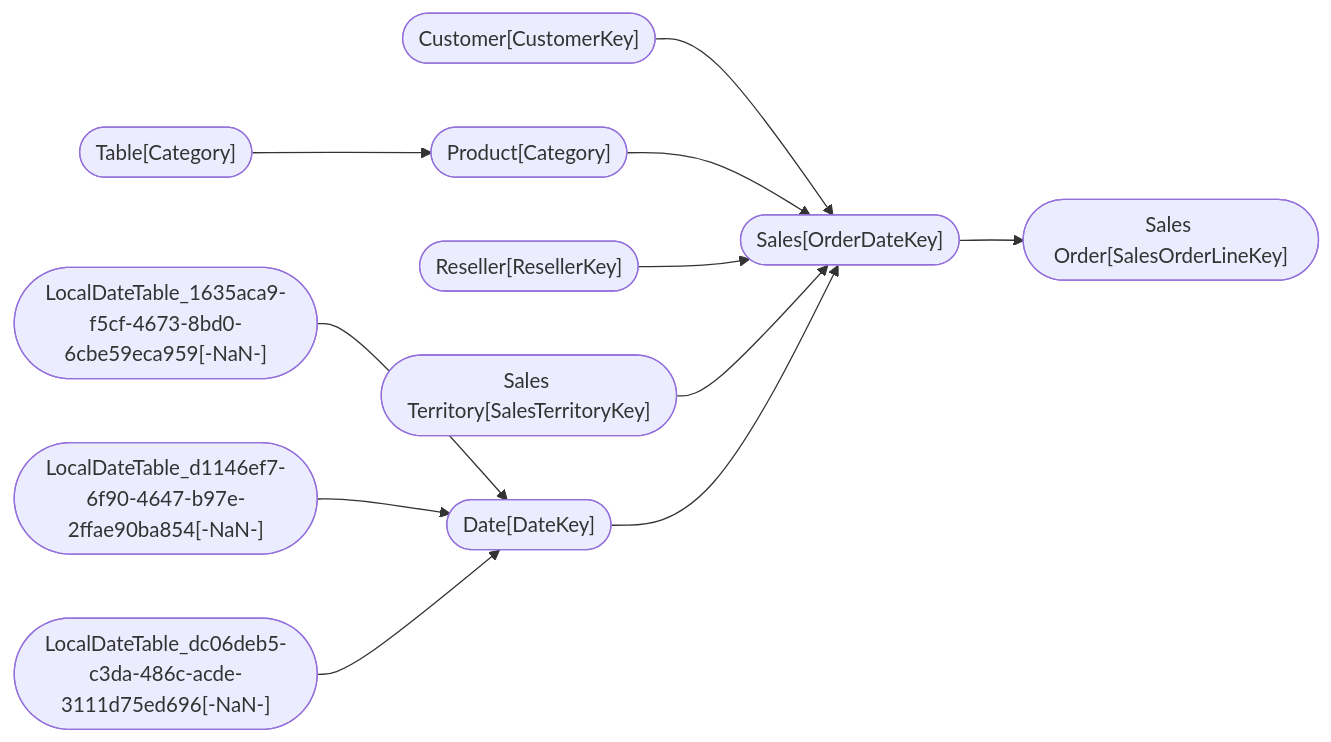
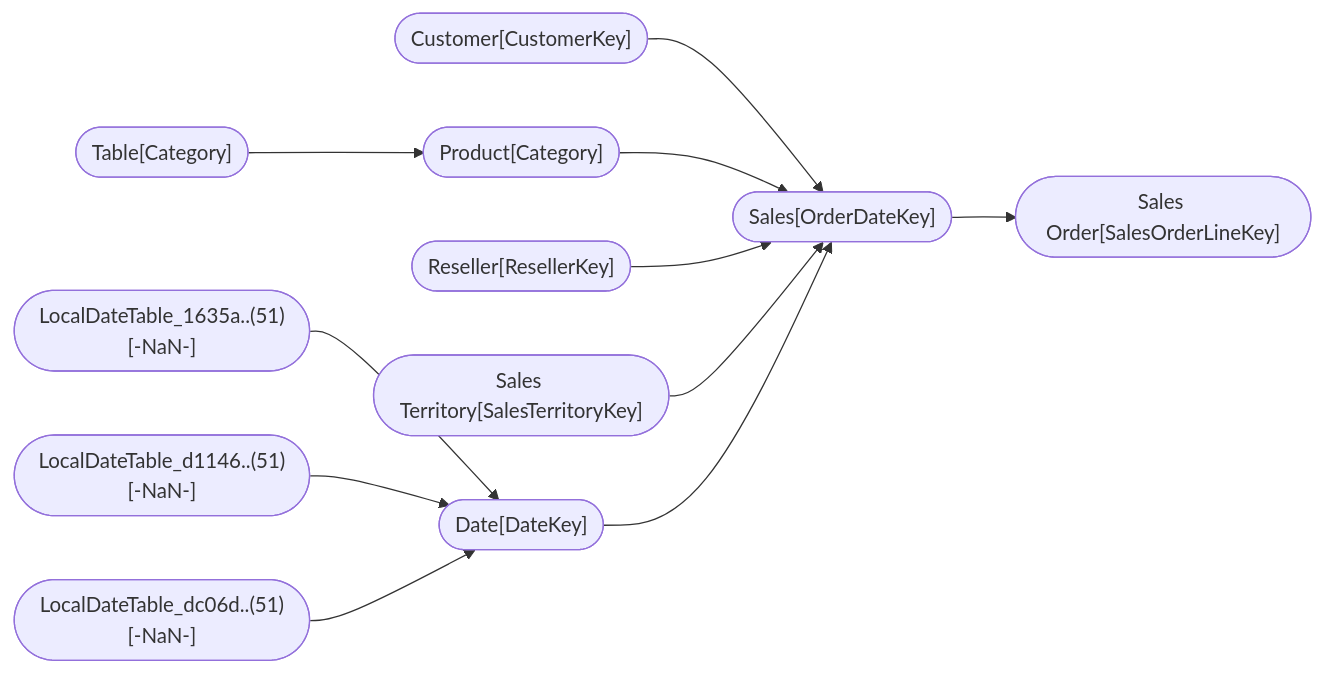
Before and after one commit to ZdenekMerka/pbix_doc: the diagram in tests/output/AdventureWorks_Sales.pbix.md, drawn with Mermaid. The commit also changed other lines of this file and 5 other files, not shown here.

````diff
--- a/tests/output/AdventureWorks_Sales.pbix.md
+++ b/tests/output/AdventureWorks_Sales.pbix.md
@@ -28,14 +28,14 @@
 ```mermaid
 graph LR;
 
-id186(["LocalDateTable_1635aca9-f5cf-4673-8bd0-6cbe59eca959[-NaN-]"]) --> id183(["Date[Date]"])
-id189(["LocalDateTable_d1146ef7-6f90-4647-b97e-2ffae90ba854[-NaN-]"]) --> id183(["Date[Month]"])
-id192(["LocalDateTable_dc06deb5-c3da-486c-acde-3111d75ed696[-NaN-]"]) --> id183(["Date[Full Date]"])
+id186(["LocalDateTable_1635a..(51)[-NaN-]"]) --> id183(["Date[Date]"])
+id189(["LocalDateTable_d1146..(51)[-NaN-]"]) --> id183(["Date[Month]"])
+id192(["LocalDateTable_dc06d..(51)[-NaN-]"]) --> id183(["Date[Full Date]"])
 id12(["Customer[CustomerKey]"]) --> id805(["Sales[CustomerKey]"])
 id572(["Product[ProductKey]"]) --> id805(["Sales[ProductKey]"])
 id690(["Reseller[ResellerKey]"]) --> id805(["Sales[ResellerKey]"])
 id805(["Sales[SalesOrderLineKey]"]) --> id980(["Sales Order[SalesOrderLineKey]"])
 id1078(["Sales Territory[SalesTerritoryKey]"]) --> id805(["Sales[SalesTerritoryKey]"])
 id183(["Date[DateKey]"]) --> id805(["Sales[OrderDateKey]"])
 id3642(["Table[Category]"]) --> id572(["Product[Category]"])
 ```
````
